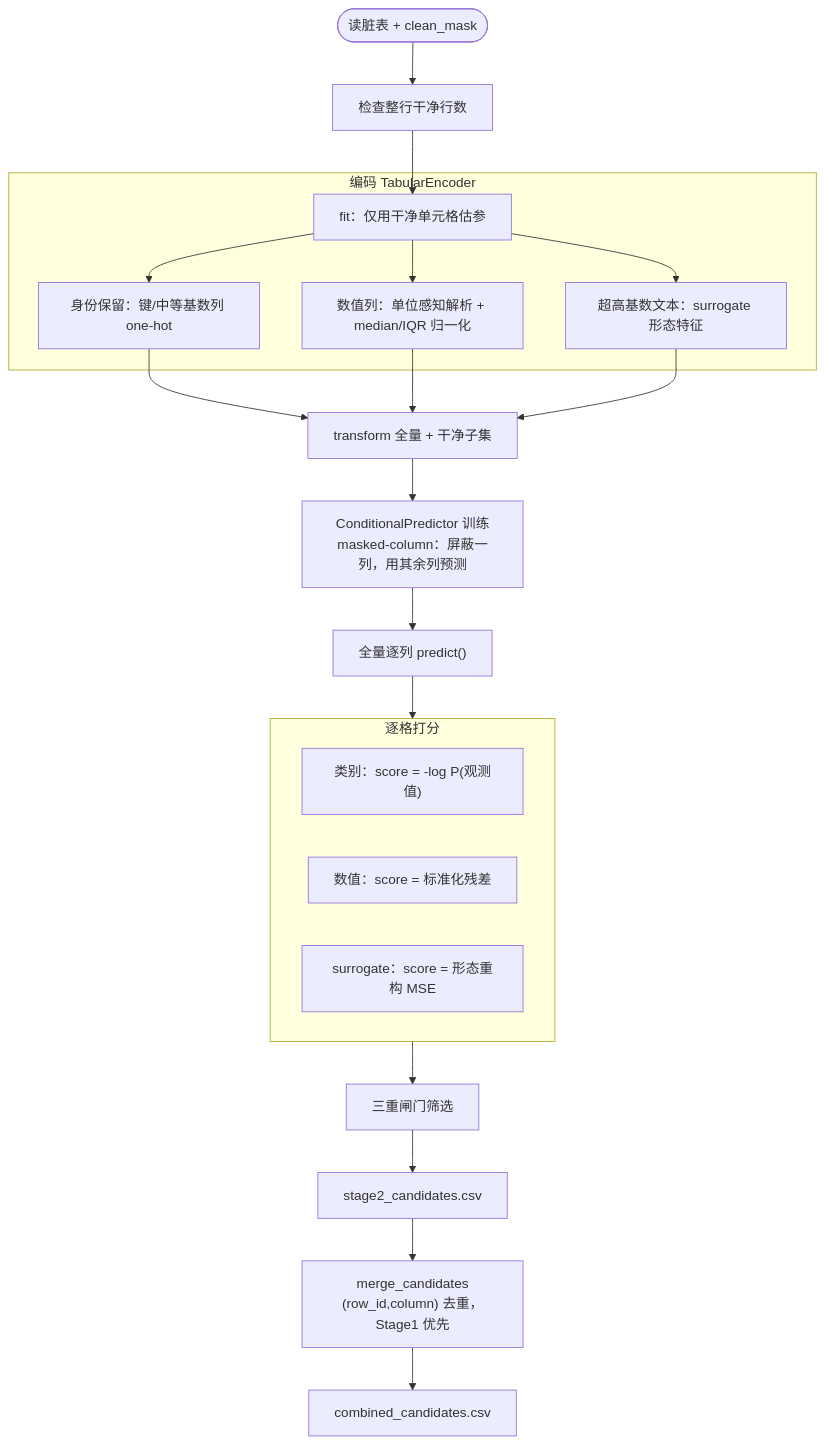
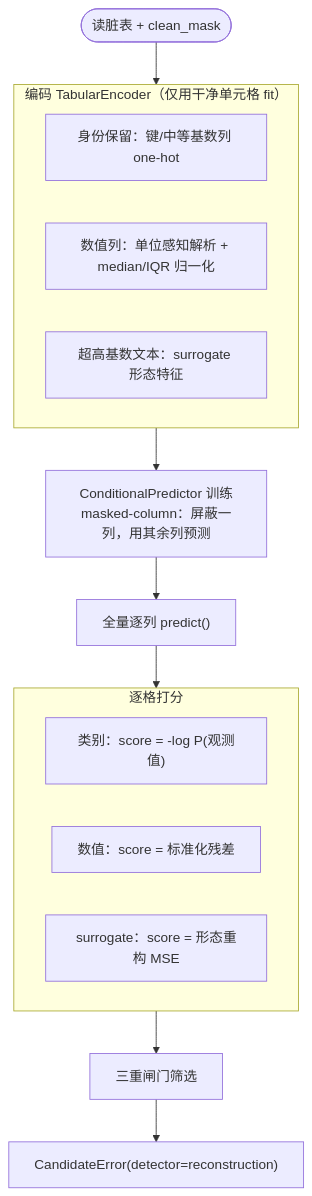
One commit to 1993371829/error_detect changed the fourth of 5 diagrams in PIPELINE.md. Above: the diagram before and after it, drawn with Mermaid. The commit also changed other lines of this file, not shown here.

````diff
--- a/PIPELINE.md
+++ b/PIPELINE.md
@@ -319,30 +317,22 @@
 ```mermaid
 flowchart TD
-    START(["读脏表 + clean_mask"]) --> CHECK["检查整行干净行数"]
+    START(["读脏表 + clean_mask"]) --> ENCODE
 
-    subgraph ENCODE["编码 TabularEncoder"]
-        FIT["fit：仅用干净单元格估参"]
+    subgraph ENCODE["编码 TabularEncoder（仅用干净单元格 fit）"]
         ID["身份保留：键/中等基数列 one-hot"]
         NUM["数值列：单位感知解析 + median/IQR 归一化"]
         SUR["超高基数文本：surrogate 形态特征"]
     end
 
-    CHECK --> FIT --> ID & NUM & SUR
-    ID & NUM & SUR --> TRANS["transform 全量 + 干净子集"]
-
-    TRANS --> TRAIN["ConditionalPredictor 训练<br/>masked-column：屏蔽一列，用其余列预测"]
+    ENCODE --> TRAIN["ConditionalPredictor 训练<br/>masked-column：屏蔽一列，用其余列预测"]
     TRAIN --> SCORE["全量逐列 predict()"]
 
     subgraph SCORING["逐格打分"]
         CAT["类别：score = -log P(观测值)"]
         NUMS["数值：score = 标准化残差"]
         SURR["surrogate：score = 形态重构 MSE"]
     end
 
-    SCORE --> SCORING
-
-    SCORING --> GATE["三重闸门筛选"]
-    GATE --> S2OUT["stage2_candidates.csv"]
-    S2OUT --> MERGE["merge_candidates<br/>(row_id,column) 去重，Stage1 优先"]
-    MERGE --> COMBOUT["combined_candidates.csv"]
+    SCORE --> SCORING --> GATE["三重闸门筛选"]
+    GATE --> OUT["CandidateError(detector=reconstruction)"]
 ```
````
